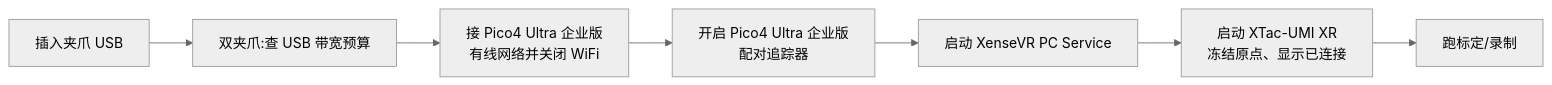
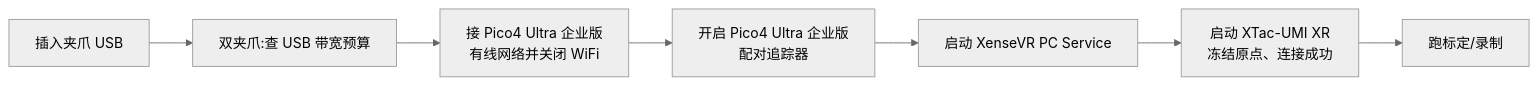
Before and after one commit to XenseRobotics-AI/XTac-UMI-G1-Docs: the diagram in docs/03-host-hardware.md, drawn with Mermaid (neutral theme). The commit also changed other lines of this file and 12 other files, not shown here.

First line of the commit message:
docs: 按 XTac-UMI XR 0.3.2 更新头显应用说明,首页加入控制台渲染图

````diff
--- a/docs/03-host-hardware.md
+++ b/docs/03-host-hardware.md
@@ -546,9 +536,9 @@
 ```mermaid
 flowchart LR
     A[插入夹爪 USB] --> U[双夹爪:查 USB 带宽预算]
     U --> N[接 Pico4 Ultra 企业版<br/>有线网络并关闭 WiFi]
     N --> B[开启 Pico4 Ultra 企业版<br/>配对追踪器]
     B --> D[启动 XenseVR PC Service]
-    D --> C[启动 XTac-UMI XR<br/>冻结原点、显示已连接]
+    D --> C[启动 XTac-UMI XR<br/>冻结原点、连接成功]
     C --> E[跑标定/录制]
 ```
````
